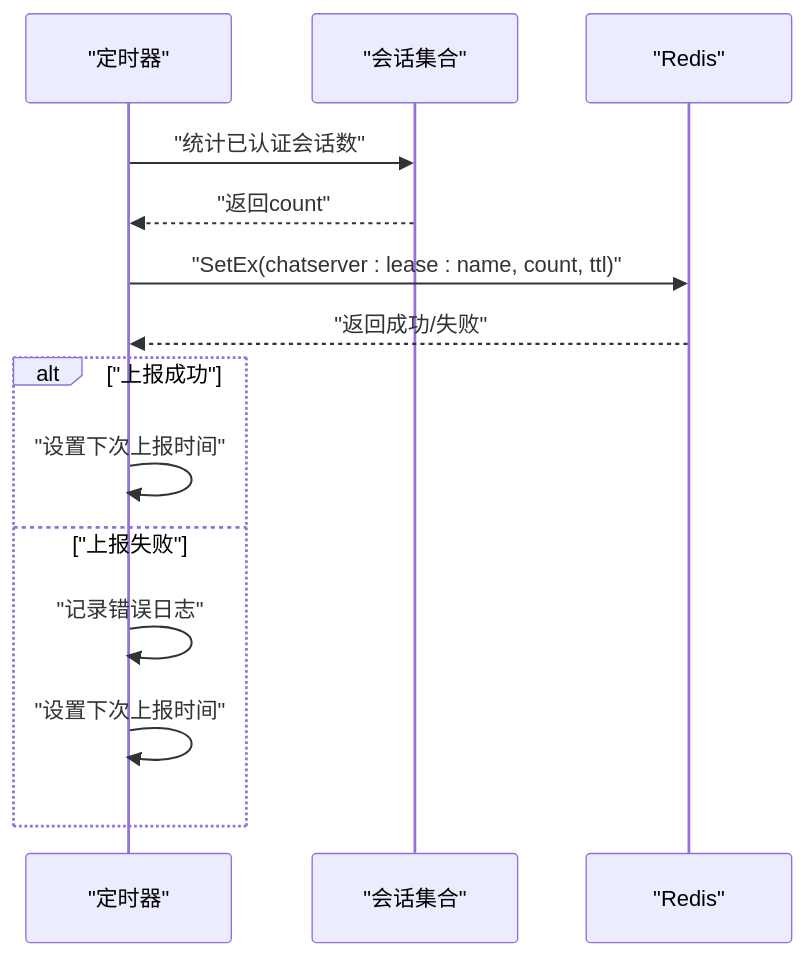
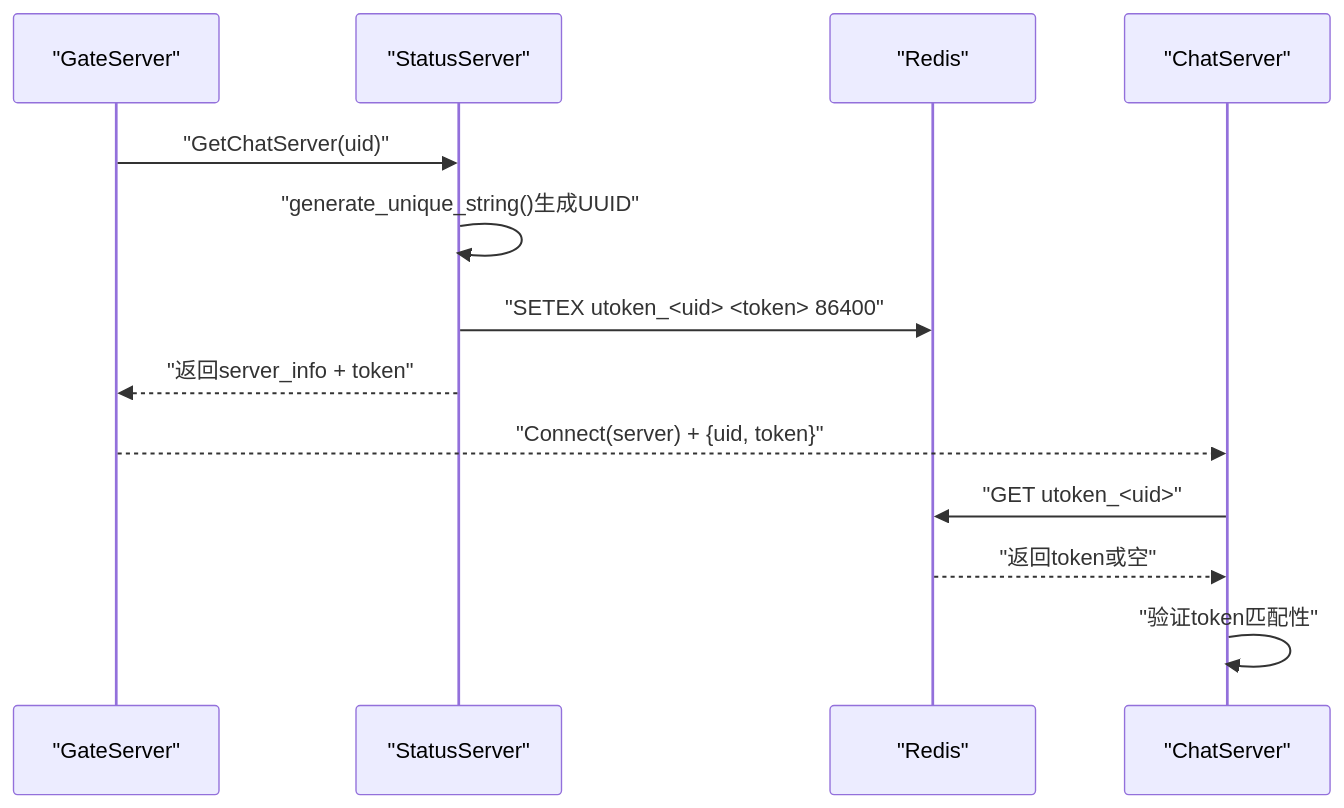
Before and after one commit to echo9923/mychatter: the fourth of 7 diagrams in .qoder/repowiki/zh/content/分布式系统/服务治理/服务注册与发现.md, drawn with Mermaid. The commit also changed other lines of this file and 58 other files, not shown here.

````diff
--- a/.qoder/repowiki/zh/content/分布式系统/服务治理/服务注册与发现.md
+++ b/.qoder/repowiki/zh/content/分布式系统/服务治理/服务注册与发现.md
@@ -159,16 +161,15 @@
 ```mermaid
 sequenceDiagram
-participant T as "定时器"
-participant S as "会话集合"
+participant G as "GateServer"
+participant S as "StatusServer"
 participant R as "Redis"
-T->>S : "统计已认证会话数"
-S-->>T : "返回count"
-T->>R : "SetEx(chatserver : lease : name, count, ttl)"
-R-->>T : "返回成功/失败"
-alt "上报成功"
-T->>T : "设置下次上报时间"
-else "上报失败"
-T->>T : "记录错误日志"
-T->>T : "设置下次上报时间"
-end
+participant C as "ChatServer"
+G->>S : "GetChatServer(uid)"
+S->>S : "generate_unique_string()生成UUID"
+S->>R : "SETEX utoken_<uid> <token> 86400"
+S-->>G : "返回server_info + token"
+G-->>C : "Connect(server) + {uid, token}"
+C->>R : "GET utoken_<uid>"
+R-->>C : "返回token或空"
+C->>C : "验证token匹配性"
 ```
````
